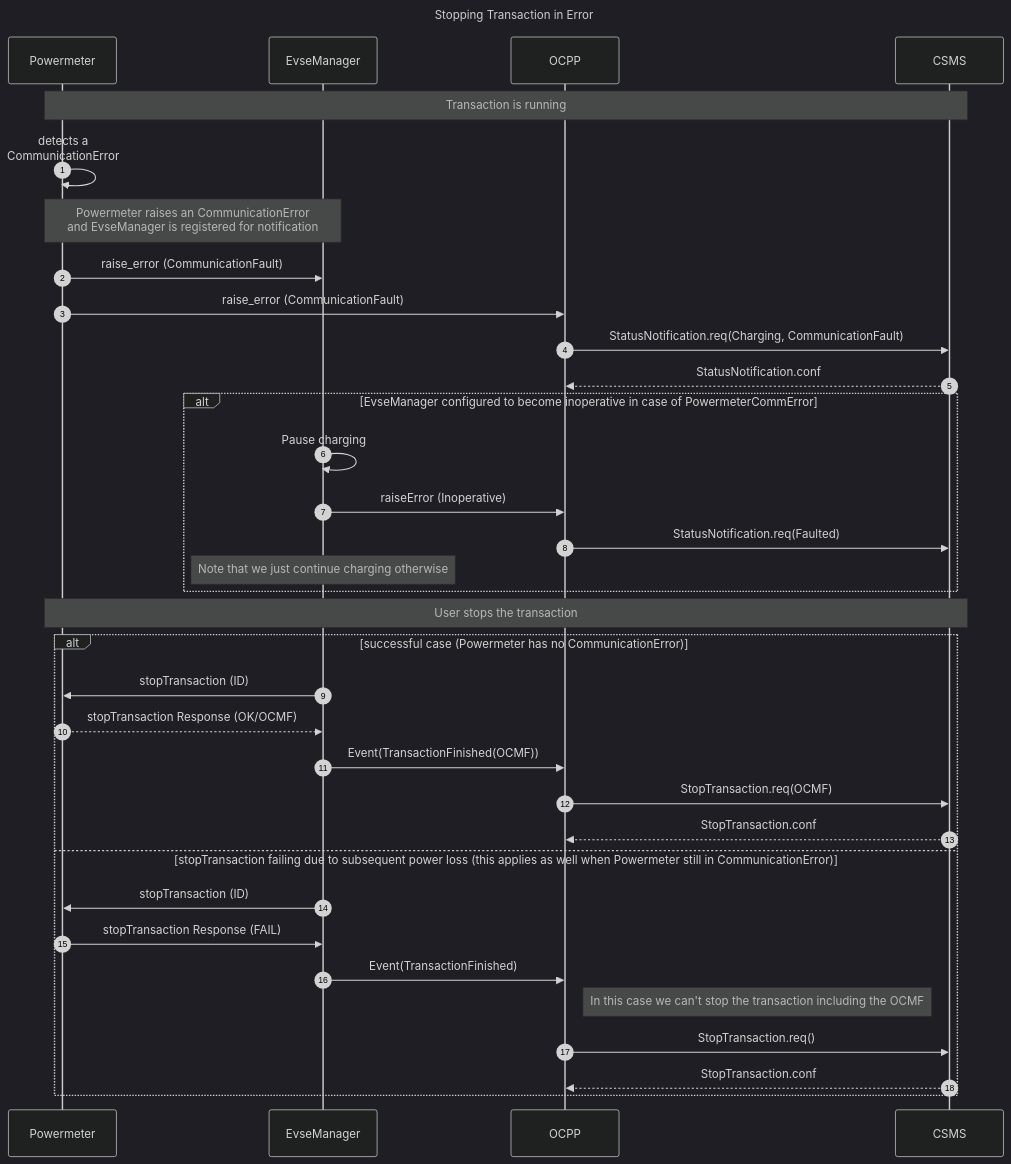
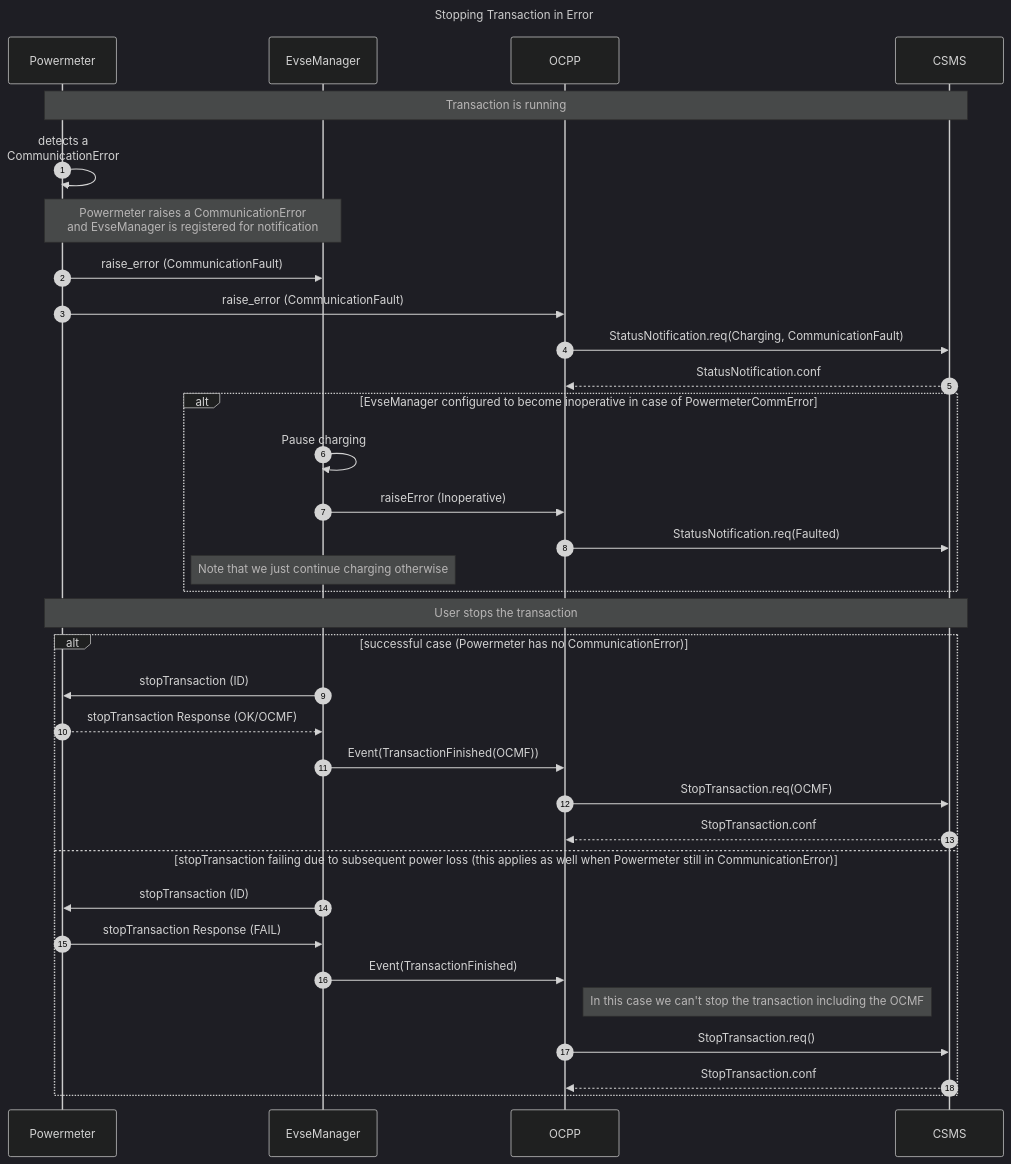
The diagram in doc/ocmf/powermeter_stop_transaction.md (EVerest/everest-core), drawn with Mermaid (dark theme) before and after one commit.

````diff
--- a/doc/ocmf/powermeter_stop_transaction.md
+++ b/doc/ocmf/powermeter_stop_transaction.md
@@ -1,46 +1,46 @@
 ```mermaid
 sequenceDiagram
 autonumber
 participant Powermeter
 participant EvseManager
 participant OCPP
 participant CSMS
 
 title Stopping Transaction in Error
 
 Note over Powermeter, CSMS: Transaction is running
 
 Powermeter->>Powermeter: detects a <br/> CommunicationError
-Note over Powermeter,EvseManager: Powermeter raises an CommunicationError <br/>and EvseManager is registered for notification
+Note over Powermeter,EvseManager: Powermeter raises a CommunicationError <br/>and EvseManager is registered for notification
 Powermeter->>EvseManager: raise_error (CommunicationFault)
 Powermeter->>OCPP: raise_error (CommunicationFault)
 
 OCPP->>CSMS: StatusNotification.req(Charging, CommunicationFault)
 CSMS-->>OCPP: StatusNotification.conf
 
 alt EvseManager configured to become inoperative in case of PowermeterCommError
     EvseManager->>EvseManager: Pause charging
     EvseManager->>OCPP: raiseError (Inoperative)
     OCPP->>CSMS: StatusNotification.req(Faulted)
     Note over EvseManager: Note that we just continue charging otherwise
 end
 
 Note over Powermeter, CSMS: User stops the transaction
 
 alt successful case (Powermeter has no CommunicationError)
     EvseManager->>Powermeter: stopTransaction (ID)
     Powermeter-->>EvseManager: stopTransaction Response (OK/OCMF)
     EvseManager->>OCPP: Event(TransactionFinished(OCMF))
 
     OCPP->>CSMS: StopTransaction.req(OCMF)
     CSMS-->>OCPP: StopTransaction.conf
 else stopTransaction failing due to subsequent power loss (this applies as well when Powermeter still in CommunicationError)
     EvseManager->>Powermeter: stopTransaction (ID)
     Powermeter->>EvseManager: stopTransaction Response (FAIL)
     EvseManager->>OCPP: Event(TransactionFinished)
 
     Note right of OCPP: In this case we can't stop the transaction including the OCMF
     OCPP->>CSMS: StopTransaction.req()
     CSMS-->>OCPP: StopTransaction.conf
 end
 ```
````
